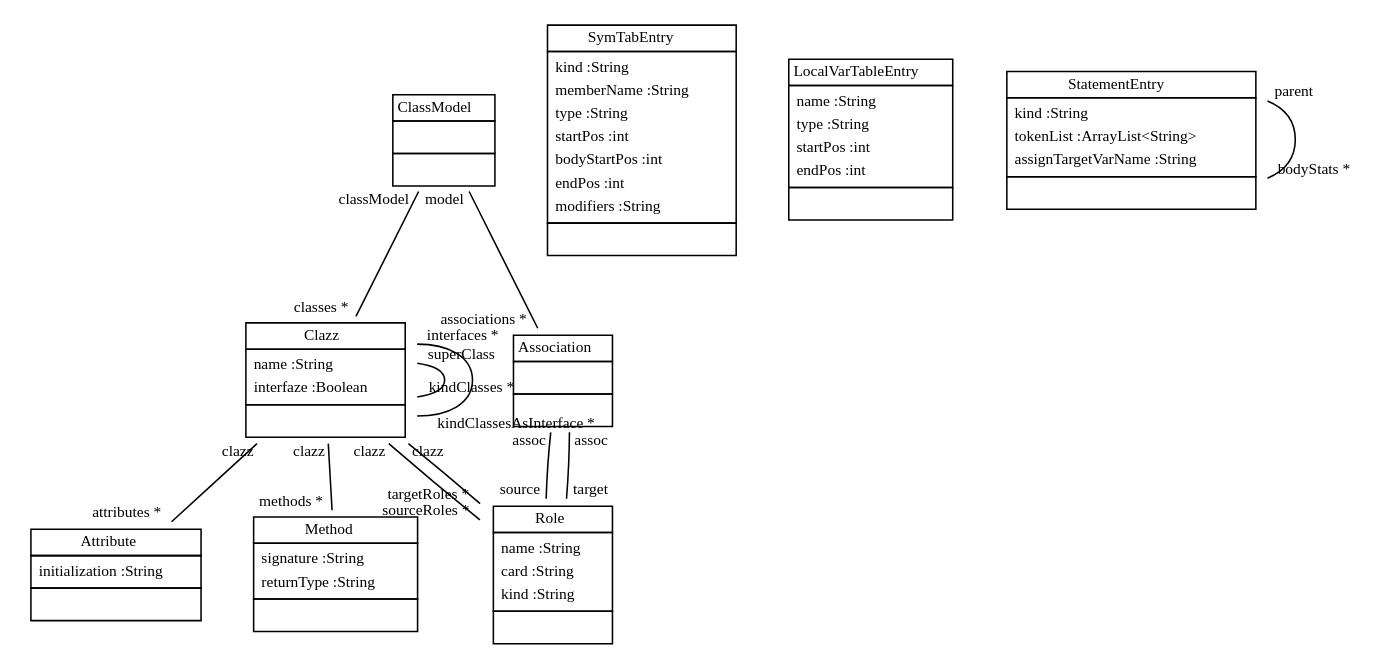
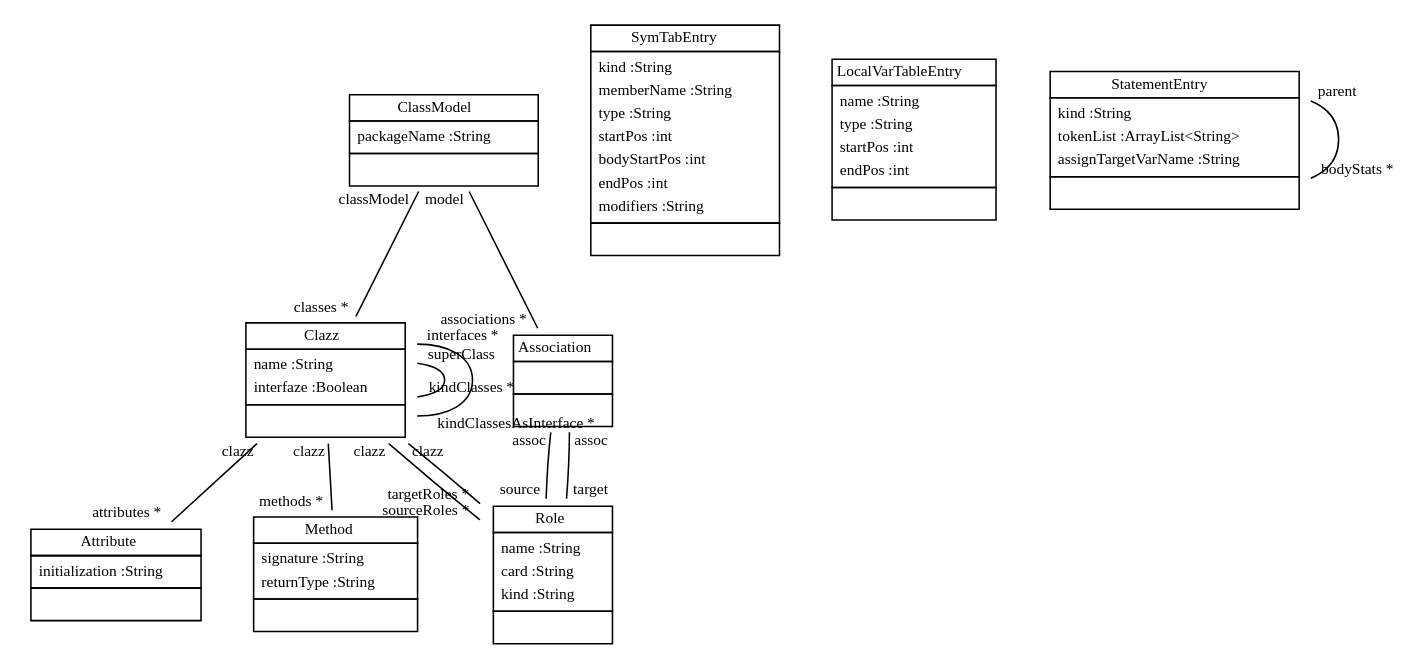
The diagram in doc/ClassModelClasses01.dot (fujaba/SDMLib), drawn with Graphviz before and after one commit. The commit also changed 5 other files, not shown here.

```diff
--- a/doc/ClassModelClasses01.dot
+++ b/doc/ClassModelClasses01.dot
@@ -1,30 +1,30 @@
 
  digraph ClassDiagram {
     node [shape = none, fontsize = 10]; 
     edge [fontsize = 10];
     
     
-    _ClassModel [label=<<table border='0' cellborder='1' cellspacing='0'> <tr> <td>ClassModel</td> </tr> <tr><td><table border='0' cellborder='0' cellspacing='0'> <tr><td> </td></tr> </table></td></tr> <tr><td><table border='0' cellborder='0' cellspacing='0'> <tr><td> </td></tr> </table></td></tr> </table>>];
+    _ClassModel [label=<<table border='0' cellborder='1' cellspacing='0'> <tr> <td>ClassModel</td> </tr> <tr><td><table border='0' cellborder='0' cellspacing='0'> <tr><td align='left'>packageName :String</td></tr>  </table></td></tr> <tr><td><table border='0' cellborder='0' cellspacing='0'> <tr><td> </td></tr> </table></td></tr> </table>>];
     _Clazz [label=<<table border='0' cellborder='1' cellspacing='0'> <tr> <td>Clazz</td> </tr> <tr><td><table border='0' cellborder='0' cellspacing='0'> <tr><td align='left'>name :String</td></tr> <tr><td align='left'>interfaze :Boolean</td></tr>  </table></td></tr> <tr><td><table border='0' cellborder='0' cellspacing='0'> <tr><td> </td></tr> </table></td></tr> </table>>];
     _Attribute [label=<<table border='0' cellborder='1' cellspacing='0'> <tr> <td>Attribute</td> </tr> <tr><td><table border='0' cellborder='0' cellspacing='0'> <tr><td align='left'>initialization :String</td></tr>  </table></td></tr> <tr><td><table border='0' cellborder='0' cellspacing='0'> <tr><td> </td></tr> </table></td></tr> </table>>];
     _Method [label=<<table border='0' cellborder='1' cellspacing='0'> <tr> <td>Method</td> </tr> <tr><td><table border='0' cellborder='0' cellspacing='0'> <tr><td align='left'>signature :String</td></tr> <tr><td align='left'>returnType :String</td></tr>  </table></td></tr> <tr><td><table border='0' cellborder='0' cellspacing='0'> <tr><td> </td></tr> </table></td></tr> </table>>];
     _Association [label=<<table border='0' cellborder='1' cellspacing='0'> <tr> <td>Association</td> </tr> <tr><td><table border='0' cellborder='0' cellspacing='0'> <tr><td> </td></tr> </table></td></tr> <tr><td><table border='0' cellborder='0' cellspacing='0'> <tr><td> </td></tr> </table></td></tr> </table>>];
     _Role [label=<<table border='0' cellborder='1' cellspacing='0'> <tr> <td>Role</td> </tr> <tr><td><table border='0' cellborder='0' cellspacing='0'> <tr><td align='left'>name :String</td></tr> <tr><td align='left'>card :String</td></tr> <tr><td align='left'>kind :String</td></tr>  </table></td></tr> <tr><td><table border='0' cellborder='0' cellspacing='0'> <tr><td> </td></tr> </table></td></tr> </table>>];
     _SymTabEntry [label=<<table border='0' cellborder='1' cellspacing='0'> <tr> <td>SymTabEntry</td> </tr> <tr><td><table border='0' cellborder='0' cellspacing='0'> <tr><td align='left'>kind :String</td></tr> <tr><td align='left'>memberName :String</td></tr> <tr><td align='left'>type :String</td></tr> <tr><td align='left'>startPos :int</td></tr> <tr><td align='left'>bodyStartPos :int</td></tr> <tr><td align='left'>endPos :int</td></tr> <tr><td align='left'>modifiers :String</td></tr>  </table></td></tr> <tr><td><table border='0' cellborder='0' cellspacing='0'> <tr><td> </td></tr> </table></td></tr> </table>>];
     _LocalVarTableEntry [label=<<table border='0' cellborder='1' cellspacing='0'> <tr> <td>LocalVarTableEntry</td> </tr> <tr><td><table border='0' cellborder='0' cellspacing='0'> <tr><td align='left'>name :String</td></tr> <tr><td align='left'>type :String</td></tr> <tr><td align='left'>startPos :int</td></tr> <tr><td align='left'>endPos :int</td></tr>  </table></td></tr> <tr><td><table border='0' cellborder='0' cellspacing='0'> <tr><td> </td></tr> </table></td></tr> </table>>];
     _StatementEntry [label=<<table border='0' cellborder='1' cellspacing='0'> <tr> <td>StatementEntry</td> </tr> <tr><td><table border='0' cellborder='0' cellspacing='0'> <tr><td align='left'>kind :String</td></tr> <tr><td align='left'>tokenList :ArrayList&#60;String&#62;</td></tr> <tr><td align='left'>assignTargetVarName :String</td></tr>  </table></td></tr> <tr><td><table border='0' cellborder='0' cellspacing='0'> <tr><td> </td></tr> </table></td></tr> </table>>];
     
     
     
     _ClassModel -> _Clazz [headlabel = "classes *" taillabel = "classModel" arrowhead = "none" ];
     _Clazz -> _Clazz [headlabel = "kindClasses *" taillabel = "superClass" arrowhead = "none" ];
     _Clazz -> _Clazz [headlabel = "kindClassesAsInterface *" taillabel = "interfaces *" arrowhead = "none" ];
     _Clazz -> _Attribute [headlabel = "attributes *" taillabel = "clazz" arrowhead = "none" ];
     _Clazz -> _Method [headlabel = "methods *" taillabel = "clazz" arrowhead = "none" ];
     _ClassModel -> _Association [headlabel = "associations *" taillabel = "model" arrowhead = "none" ];
     _Clazz -> _Role [headlabel = "sourceRoles *" taillabel = "clazz" arrowhead = "none" ];
     _Clazz -> _Role [headlabel = "targetRoles *" taillabel = "clazz" arrowhead = "none" ];
     _Association -> _Role [headlabel = "source" taillabel = "assoc" arrowhead = "none" ];
     _Association -> _Role [headlabel = "target" taillabel = "assoc" arrowhead = "none" ];
     _StatementEntry -> _StatementEntry [headlabel = "bodyStats *" taillabel = "parent" arrowhead = "none" ];
 }
```
